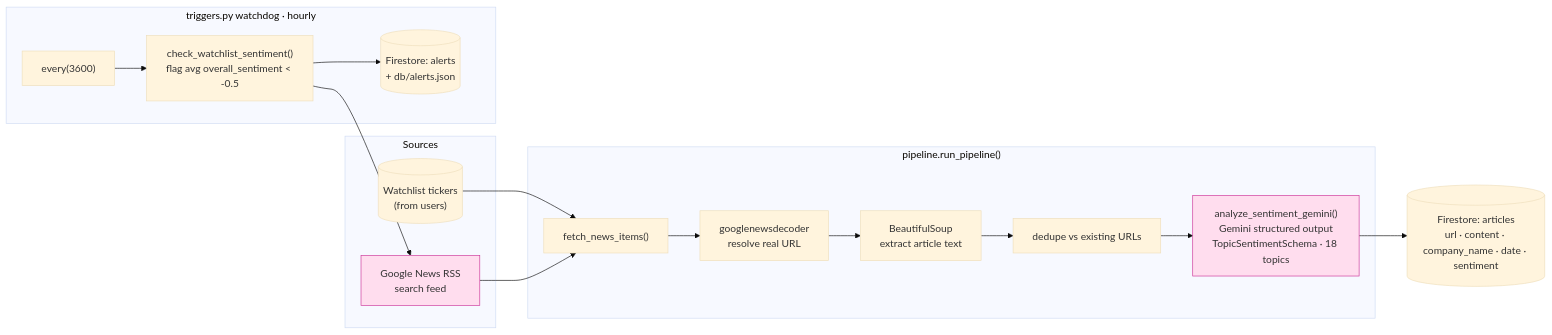
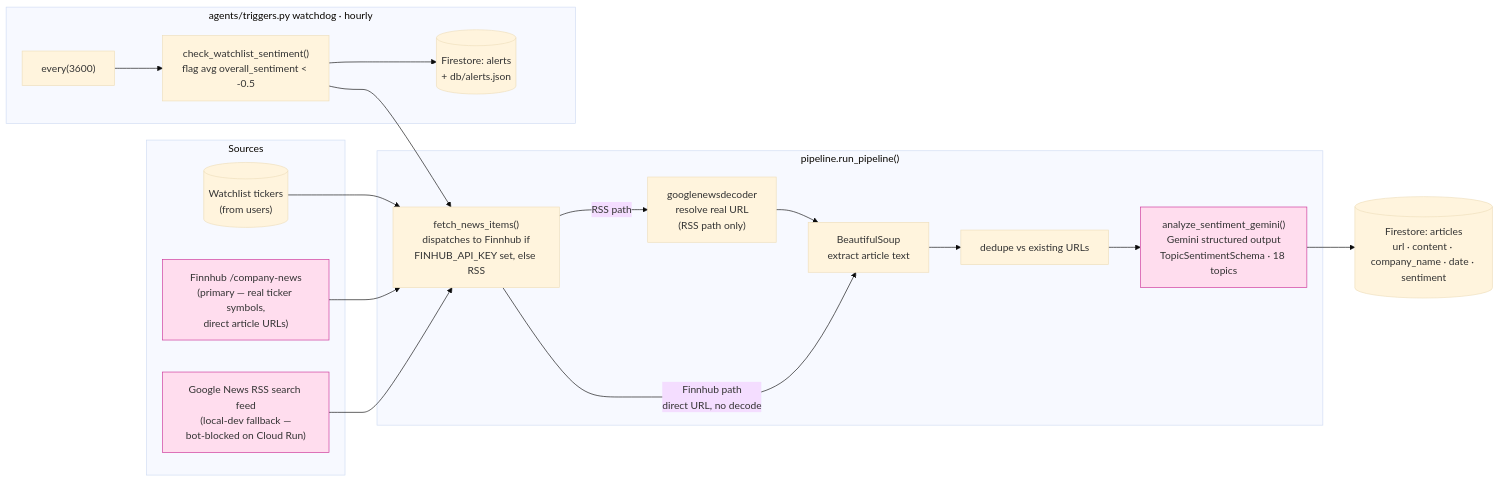
Before and after one commit to mathamatigician/MarketWave: the diagram in docs/diagrams/02_databricks_pipeline.mmd, drawn with Mermaid (base theme). The commit also changed 12 other files, not shown here.

First line of the commit message:
docs: refresh architecture diagrams for Finnhub news source migration (#24)

```diff
--- a/docs/diagrams/02_databricks_pipeline.mmd
+++ b/docs/diagrams/02_databricks_pipeline.mmd
@@ -1,30 +1,34 @@
 flowchart LR
     subgraph SRC["Sources"]
         wl[("Watchlist tickers<br/>(from users)")]
-        rss["Google News RSS<br/>search feed"]
+        finnhub["Finnhub /company-news<br/>(primary — real ticker symbols,<br/>direct article URLs)"]
+        rss["Google News RSS search feed<br/>(local-dev fallback —<br/>bot-blocked on Cloud Run)"]
     end
 
     subgraph ING["pipeline.run_pipeline()"]
-        fetch["fetch_news_items()"]
-        decode["googlenewsdecoder<br/>resolve real URL"]
+        fetch["fetch_news_items()<br/>dispatches to Finnhub if<br/>FINHUB_API_KEY set, else RSS"]
+        decode["googlenewsdecoder<br/>resolve real URL<br/>(RSS path only)"]
         scrape["BeautifulSoup<br/>extract article text"]
         dedupe["dedupe vs existing URLs"]
         score["analyze_sentiment_gemini()<br/>Gemini structured output<br/>TopicSentimentSchema · 18 topics"]
     end
 
     art[("Firestore: articles<br/>url · content · company_name · date · sentiment")]
 
     wl --> fetch
+    finnhub --> fetch
     rss --> fetch
-    fetch --> decode --> scrape --> dedupe --> score --> art
+    fetch -->|RSS path| decode --> scrape
+    fetch -->|Finnhub path<br/>direct URL, no decode| scrape
+    scrape --> dedupe --> score --> art
 
-    subgraph WD["triggers.py watchdog · hourly"]
+    subgraph WD["agents/triggers.py watchdog · hourly"]
         every["every(3600)"]
         check["check_watchlist_sentiment()<br/>flag avg overall_sentiment < -0.5"]
         alert[("Firestore: alerts<br/>+ db/alerts.json")]
     end
-    every --> check --> rss
+    every --> check --> fetch
     check --> alert
 
     classDef ext fill:#fde,stroke:#c39;
-    class rss,score ext;
+    class finnhub,rss,score ext;
```
